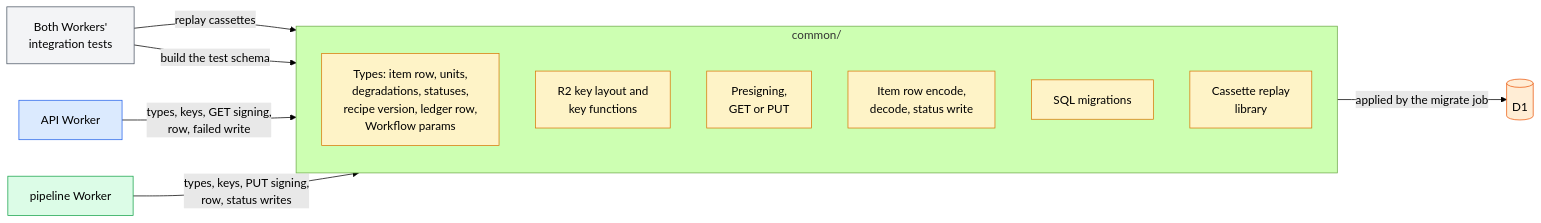
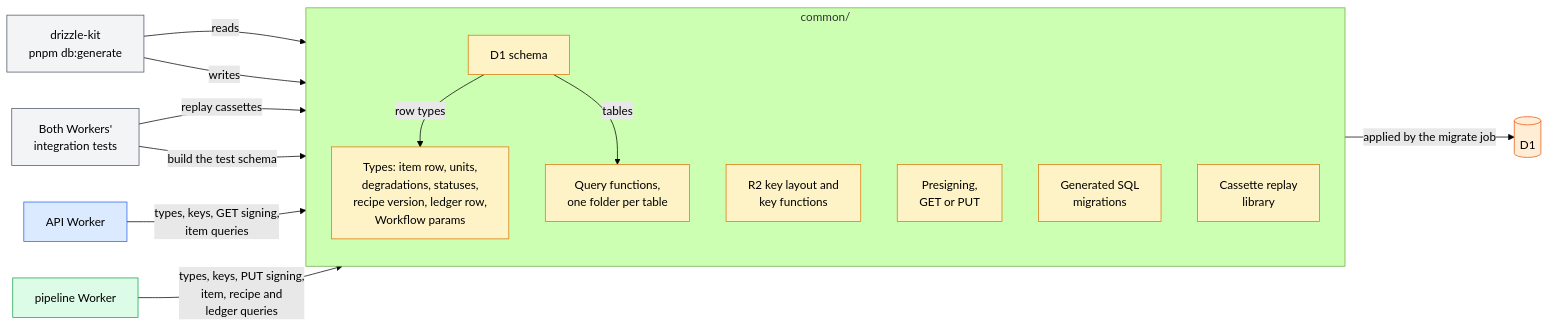
One commit to asermax/nagara changed the first of 2 diagrams in docs/technical-design/common-package.md. Above: the diagram before and after it, drawn with Mermaid (forest theme). The commit also changed other lines of this file and 8 other files, not shown here.

````diff
--- a/docs/technical-design/common-package.md
+++ b/docs/technical-design/common-package.md
@@ -15,31 +15,37 @@
 ```mermaid
 flowchart LR
   subgraph common ["common/"]
     direction TB
     types@{ shape: rect, label: "Types: item row, units,<br/>degradations, statuses,<br/>recipe version, ledger row,<br/>Workflow params" }
     keys@{ shape: rect, label: "R2 key layout and<br/>key functions" }
     sign@{ shape: rect, label: "Presigning,<br/>GET or PUT" }
-    row@{ shape: rect, label: "Item row encode,<br/>decode, status write" }
-    mig@{ shape: rect, label: "SQL migrations" }
+    schema@{ shape: rect, label: "D1 schema" }
+    queries@{ shape: rect, label: "Query functions,<br/>one folder per table" }
+    mig@{ shape: rect, label: "Generated SQL<br/>migrations" }
     vcr@{ shape: rect, label: "Cassette replay<br/>library" }
   end
   api@{ shape: rect, label: "API Worker" }
   pipe@{ shape: rect, label: "pipeline Worker" }
   d1@{ shape: cyl, label: "D1" }
   tests@{ shape: rect, label: "Both Workers'<br/>integration tests" }
-  api -->|"types, keys, GET signing,<br/>row, failed write"| common
-  pipe -->|"types, keys, PUT signing,<br/>row, status writes"| common
+  kit@{ shape: rect, label: "drizzle-kit<br/>pnpm db:generate" }
+  api -->|"types, keys, GET signing,<br/>item queries"| common
+  pipe -->|"types, keys, PUT signing,<br/>item, recipe and<br/>ledger queries"| common
+  schema -->|"row types"| types
+  schema -->|"tables"| queries
+  kit -->|"reads"| schema
+  kit -->|"writes"| mig
   mig -->|"applied by the migrate job"| d1
   tests -->|"replay cassettes"| vcr
   tests -->|"build the test schema"| mig
   classDef shared fill:#fef3c7,stroke:#d97706
   classDef worker fill:#dbeafe,stroke:#2563eb
   classDef flow fill:#dcfce7,stroke:#16a34a
   classDef store fill:#ffedd5,stroke:#ea580c
   classDef tool fill:#f3f4f6,stroke:#4b5563
-  class types,keys,sign,row,mig,vcr shared
+  class types,keys,sign,schema,queries,mig,vcr shared
   class api worker
   class pipe flow
   class d1 store
-  class tests tool
+  class tests,kit tool
 ```
````
